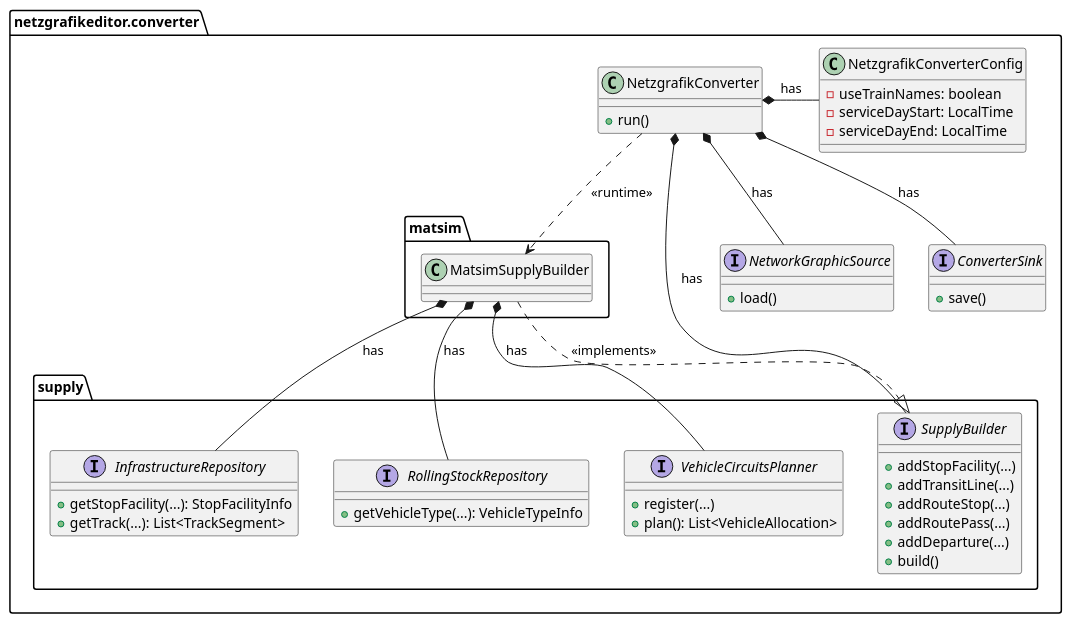
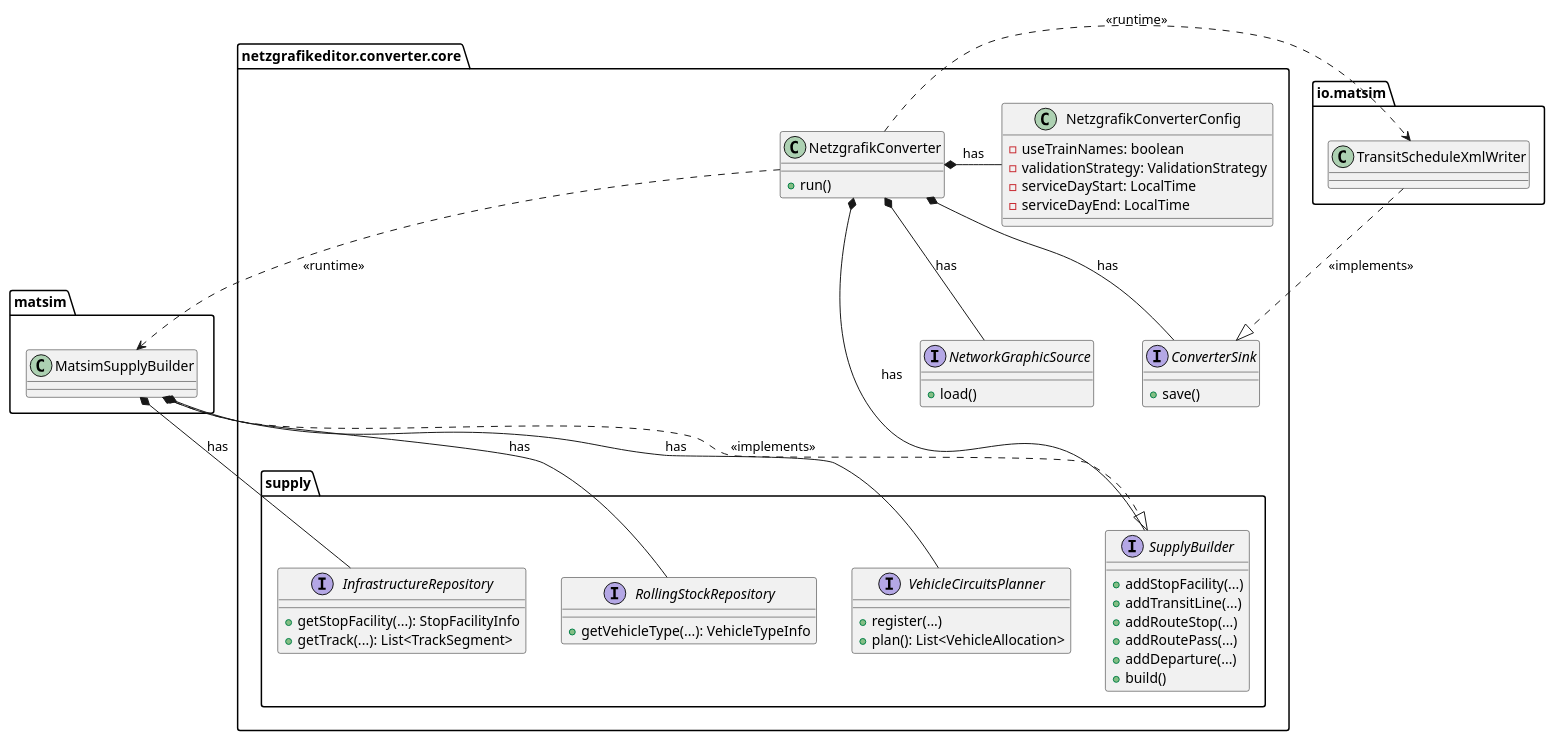
Before and after one commit to SchweizerischeBundesbahnen/netzgrafik-editor-converter: the diagram in docs/uml/class-diagram.md, drawn with PlantUML. The commit also changed 106 other files, not shown here.

````diff
--- a/docs/uml/class-diagram.md
+++ b/docs/uml/class-diagram.md
@@ -3,67 +3,75 @@
 ```plantuml
 @startuml
 set namespaceSeparator none
 top to bottom direction
 
-package netzgrafikeditor.converter {
+package netzgrafikeditor.converter.core {
     class NetzgrafikConverter {
         +run()
     }
 
     class NetzgrafikConverterConfig {
         -useTrainNames: boolean
+        -validationStrategy: ValidationStrategy
         -serviceDayStart: LocalTime
         -serviceDayEnd: LocalTime
     }
 
     interface NetworkGraphicSource {
         +load()
     }
 
     interface ConverterSink {
         +save()
     }
 
     package supply {
         interface SupplyBuilder {
             +addStopFacility(...)
             +addTransitLine(...)
             +addRouteStop(...)
             +addRoutePass(...)
             +addDeparture(...)
             +build()
         }
 
         interface InfrastructureRepository {
             +getStopFacility(...): StopFacilityInfo
             +getTrack(...): List<TrackSegment>
         }
 
         interface RollingStockRepository {
             +getVehicleType(...): VehicleTypeInfo
         }
 
         interface VehicleCircuitsPlanner {
             +register(...)
             +plan(): List<VehicleAllocation>
         }
     }
+}
 
-    package matsim {
-        class MatsimSupplyBuilder {
-        }
+package matsim {
+    class MatsimSupplyBuilder {
+    }
+}
+
+package io.matsim {
+    class TransitScheduleXmlWriter {
     }
 }
 
 NetzgrafikConverter *- NetzgrafikConverterConfig : has
 NetzgrafikConverter *-- NetworkGraphicSource : has
 NetzgrafikConverter *--- SupplyBuilder : has
 NetzgrafikConverter *-- ConverterSink : has
-NetzgrafikConverter ..> MatsimSupplyBuilder : <<runtime>>
+NetzgrafikConverter .> MatsimSupplyBuilder : <<runtime>>
+NetzgrafikConverter .> TransitScheduleXmlWriter : <<runtime>>
 
 MatsimSupplyBuilder .|> SupplyBuilder: <<implements>>
+TransitScheduleXmlWriter ..|> ConverterSink: <<implements>>
 MatsimSupplyBuilder *-- InfrastructureRepository : has
 MatsimSupplyBuilder *-- RollingStockRepository : has
 MatsimSupplyBuilder *-- VehicleCircuitsPlanner : has
 @enduml
 ```
````
